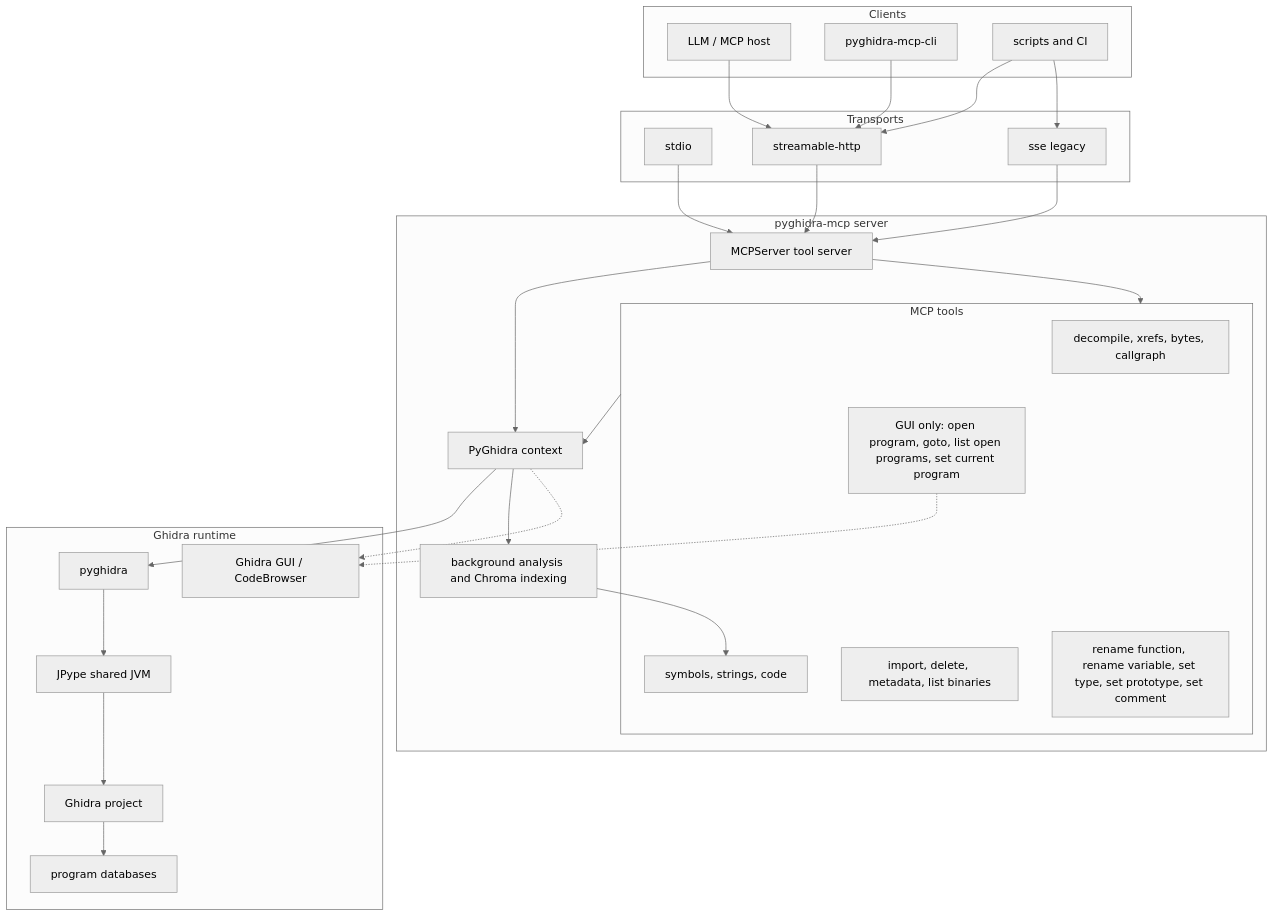
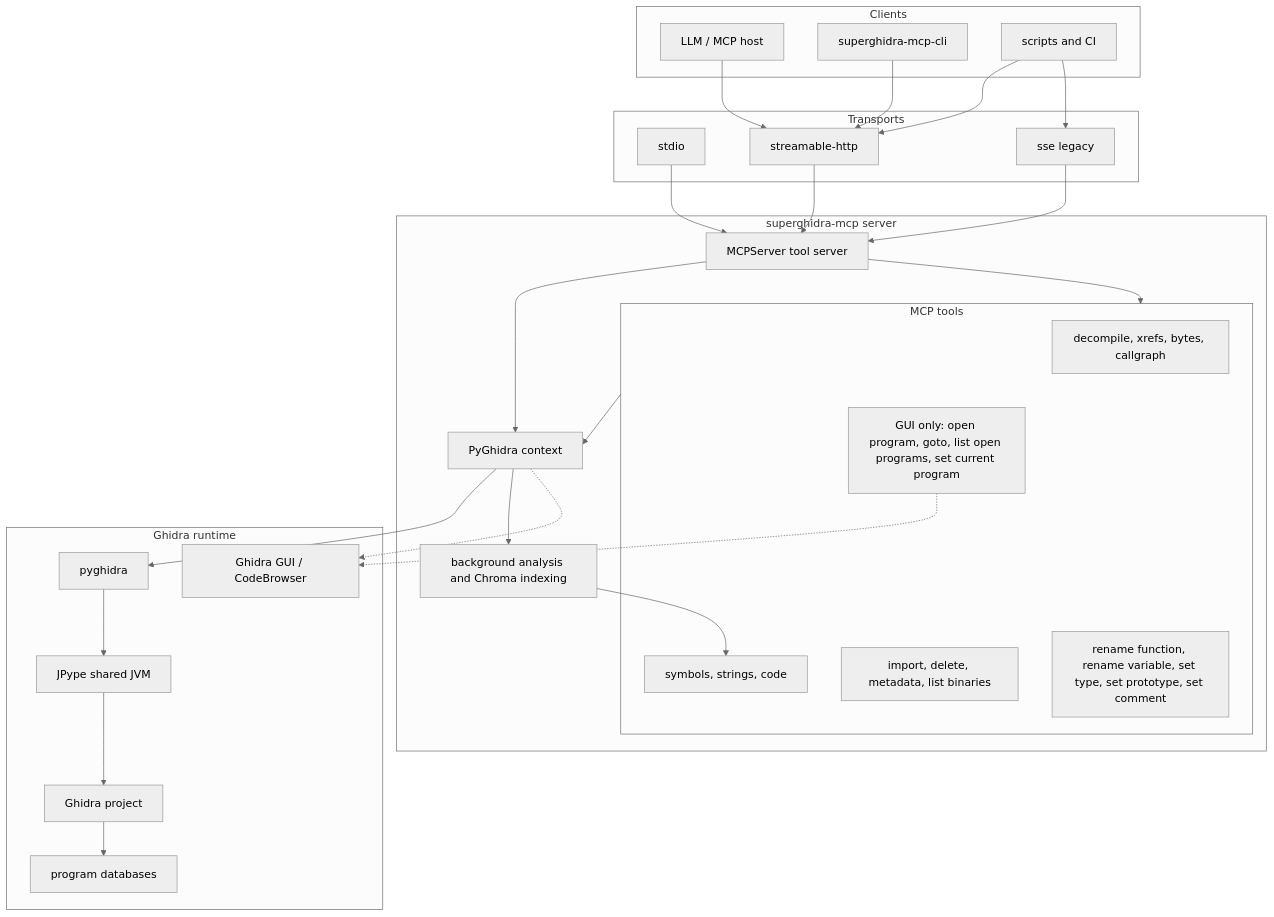
The third of 4 diagrams in README.md (yuatemycat/SuperghidraMCP), drawn with Mermaid (neutral theme) before and after one commit. The commit also changed other lines of this file and 4 other files, not shown here.

````diff
--- a/README.md
+++ b/README.md
@@ -111,58 +110,58 @@
 ```mermaid
 flowchart TD
     subgraph Clients
         Agent["LLM / MCP host"]
-        Cli["pyghidra-mcp-cli"]
+        Cli["superghidra-mcp-cli"]
         Automation["scripts and CI"]
     end
 
     subgraph Transports
         Stdio["stdio"]
         Http["streamable-http"]
         Sse["sse legacy"]
     end
 
-    subgraph Server["pyghidra-mcp server"]
+    subgraph Server["superghidra-mcp server"]
         McpServer["MCPServer tool server"]
         Context["PyGhidra context"]
         Indexing["background analysis and Chroma indexing"]
 
         subgraph Tools["MCP tools"]
             Analysis["decompile, xrefs, bytes, callgraph"]
             Search["symbols, strings, code"]
             ProjectOps["import, delete, metadata, list binaries"]
             Edits["rename function, rename variable, set type, set prototype, set comment"]
             GuiOnly["GUI only: open program, goto, list open programs, set current program"]
         end
     end
 
     subgraph GhidraRuntime["Ghidra runtime"]
         PyGhidra["pyghidra"]
         Jpype["JPype shared JVM"]
         Project["Ghidra project"]
         Programs["program databases"]
         CodeBrowser["Ghidra GUI / CodeBrowser"]
     end
 
     Agent --> Http
     Automation --> Http
     Automation --> Sse
     Cli --> Http
 
     Stdio --> McpServer
     Http --> McpServer
     Sse --> McpServer
 
     McpServer --> Context
     Context --> PyGhidra
     PyGhidra --> Jpype
     Jpype --> Project
     Project --> Programs
     Context --> Indexing
     Indexing --> Search
 
     McpServer --> Tools
     Tools --> Context
     GuiOnly -.-> CodeBrowser
     Context -.-> CodeBrowser
 ```
````
